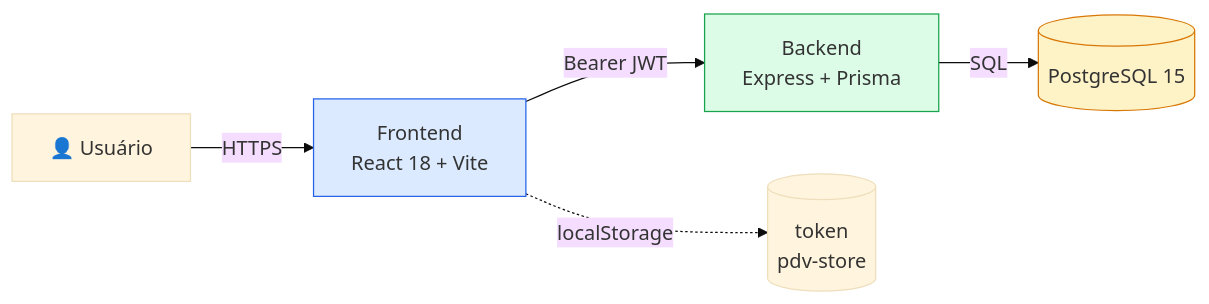
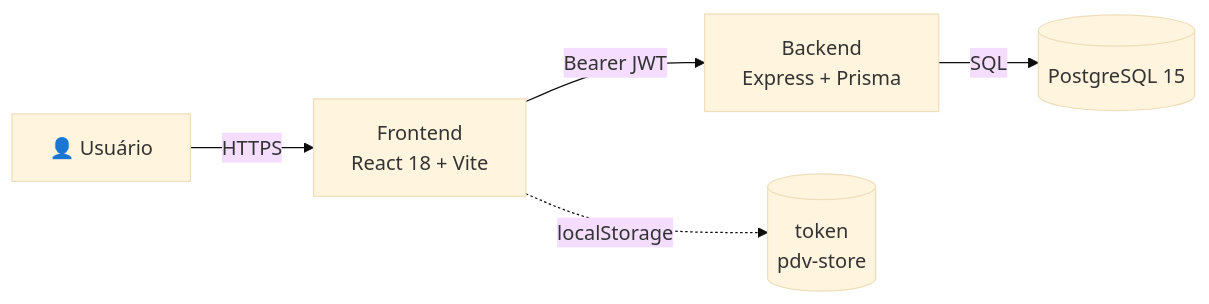
The first of 6 diagrams in README.md (ribeirocarlos87/mini-erp-web), drawn with Mermaid (base theme) before and after one commit. The commit also changed other lines of this file, not shown here.

Commit message:
docs: remove cores fixas dos diagramas Mermaid (legibilidade em dark mode)
Os fills claros (#dbeafe, #dcfce7, #fef3c7) viravam pontos brilhantes no
GitHub dark mode, prejudicando a leitura. Removidas as 5 diretivas `style`
custom dos diagramas de arquitetura e da pirâmide de testes.

Sem cores fixas, o Mermaid usa o tema do GitHub e adapta automaticamente
ao modo (light/dark) escolhido pelo usuário, garantindo contraste em ambos.

(Esse fix foi feito originalmente na branch tests/setup-and-coverage mas
ficou de fora do merge do PR #3 por ordem de push.)

````diff
--- a/README.md
+++ b/README.md
@@ -20,11 +20,7 @@
 ```mermaid
 graph LR
     User[👤 Usuário] -->|HTTPS| Frontend
     Frontend[Frontend<br/>React 18 + Vite] -->|Bearer JWT| Backend
     Backend[Backend<br/>Express + Prisma] -->|SQL| DB[(PostgreSQL 15)]
     Frontend -.localStorage.-> LS[(token<br/>pdv-store)]
-
-    style Frontend fill:#dbeafe,stroke:#2563eb
-    style Backend fill:#dcfce7,stroke:#16a34a
-    style DB fill:#fef3c7,stroke:#d97706
 ```
````
